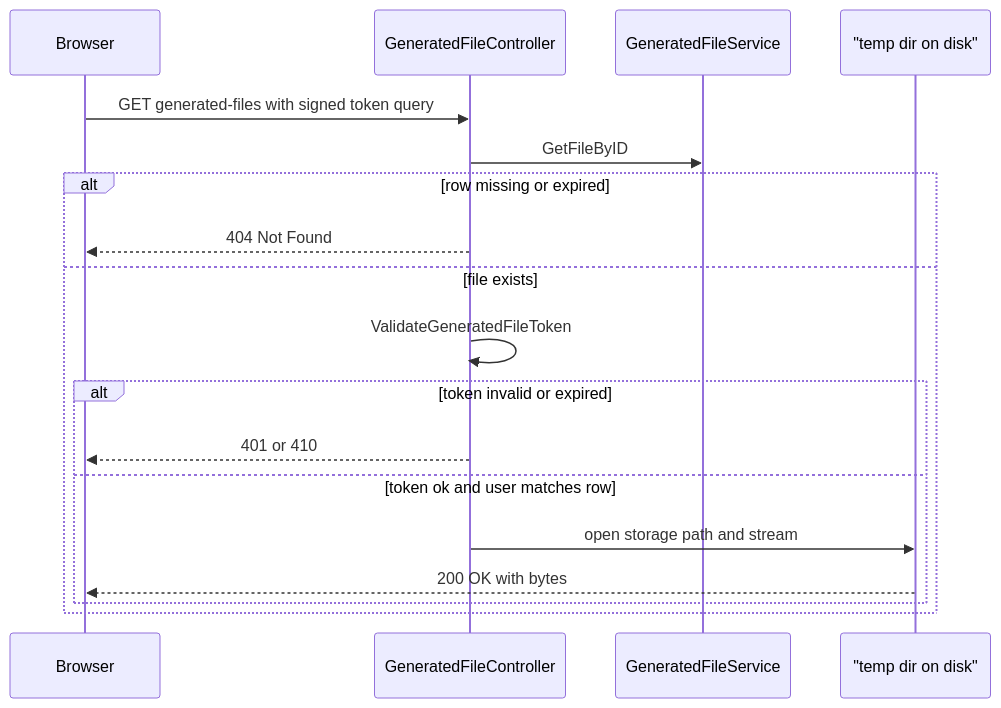
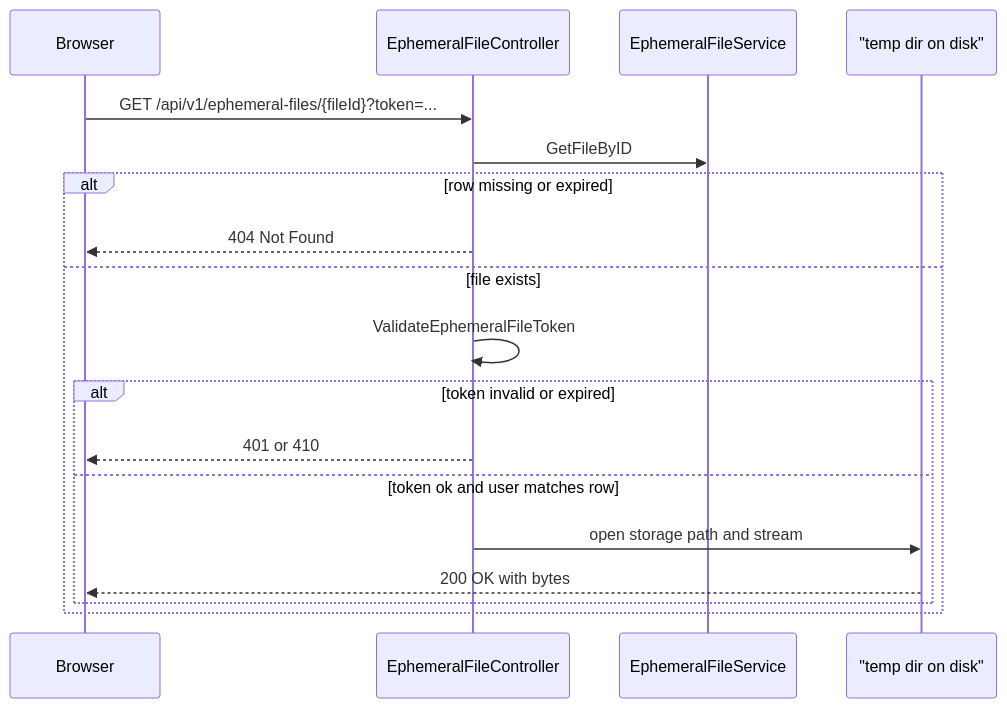
One commit to Netcracker/qubership-apihub-backend changed the third of 3 diagrams in docs/feature_design/ai_assistant/feature-ai-chat-design.md. Above: the diagram before and after it, drawn with Mermaid. The commit also changed other lines of this file and 32 other files, not shown here.

````diff
--- a/docs/feature_design/ai_assistant/feature-ai-chat-design.md
+++ b/docs/feature_design/ai_assistant/feature-ai-chat-design.md
@@ -174,21 +199,21 @@
 ```mermaid
 sequenceDiagram
     participant Browser
-    participant Ctrl as GeneratedFileController
-    participant GF as GeneratedFileService
+    participant Ctrl as EphemeralFileController
+    participant EFS as EphemeralFileService
     participant FS as "temp dir on disk"
 
-    Browser->>Ctrl: GET generated-files with signed token query
-    Ctrl->>GF: GetFileByID
+    Browser->>Ctrl: GET /api/v1/ephemeral-files/{fileId}?token=...
+    Ctrl->>EFS: GetFileByID
     alt row missing or expired
         Ctrl-->>Browser: 404 Not Found
     else file exists
-        Ctrl->>Ctrl: ValidateGeneratedFileToken
+        Ctrl->>Ctrl: ValidateEphemeralFileToken
         alt token invalid or expired
             Ctrl-->>Browser: 401 or 410
         else token ok and user matches row
             Ctrl->>FS: open storage path and stream
             FS-->>Browser: 200 OK with bytes
         end
     end
 ```
````
